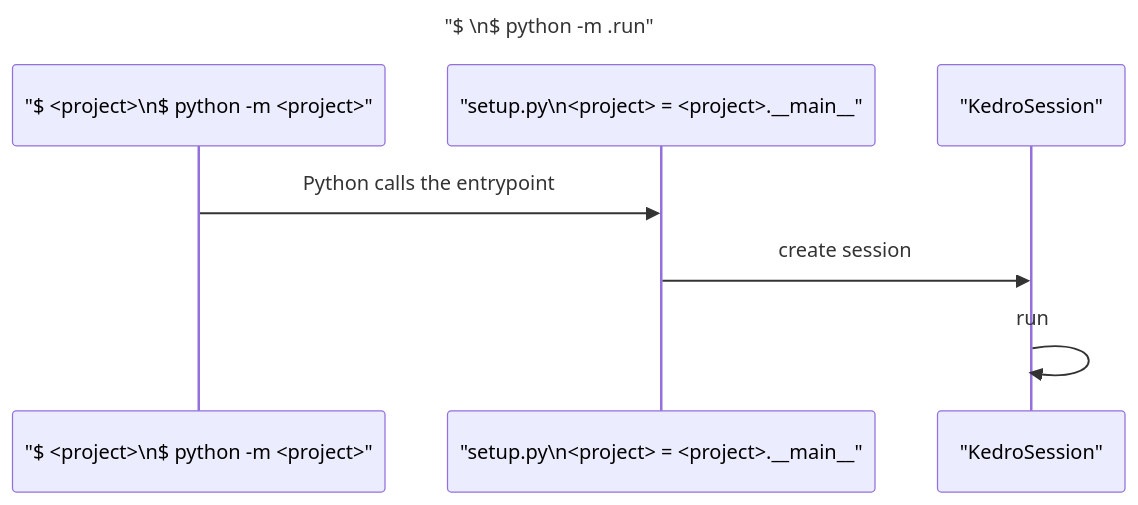
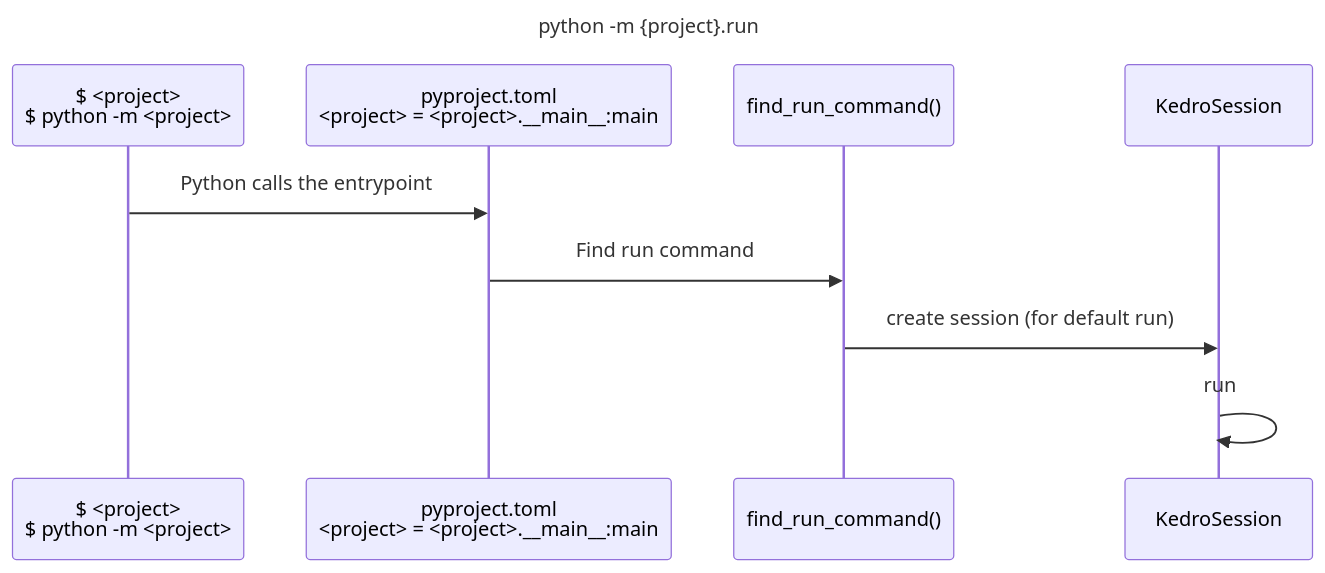
Before and after one commit to kedro-org/kedro: the diagram in docs/diagrams/python-m-project.md, drawn with Mermaid. The commit also changed 2 other files, not shown here.

Commit message:
Update mermaid entrypoint diagrams with current state

````diff
--- a/docs/diagrams/python-m-project.md
+++ b/docs/diagrams/python-m-project.md
@@ -1,12 +1,14 @@
 ```mermaid
 sequenceDiagram
-    title "$ <project>\n$ python -m <project>.run"
+    title python -m {project}.run
 
-    participant cli as "$ <project>\n$ python -m <project>"
-    participant entrypoint as "setup.py\n<project> = <project>.__main__"
-    participant session as "KedroSession"
+    participant cli as $ <project> <br> $ python -m <project>
+    participant entrypoint as pyproject.toml <br> <project> = <project>.__main__:main
+    participant find_run as find_run_command()
+    participant session as KedroSession
 
     cli->>entrypoint: Python calls the entrypoint
-    entrypoint->>session: create session
+    entrypoint->>find_run: Find run command
+    find_run->>session: create session (for default run)
     session->>session: run
 ```
````
